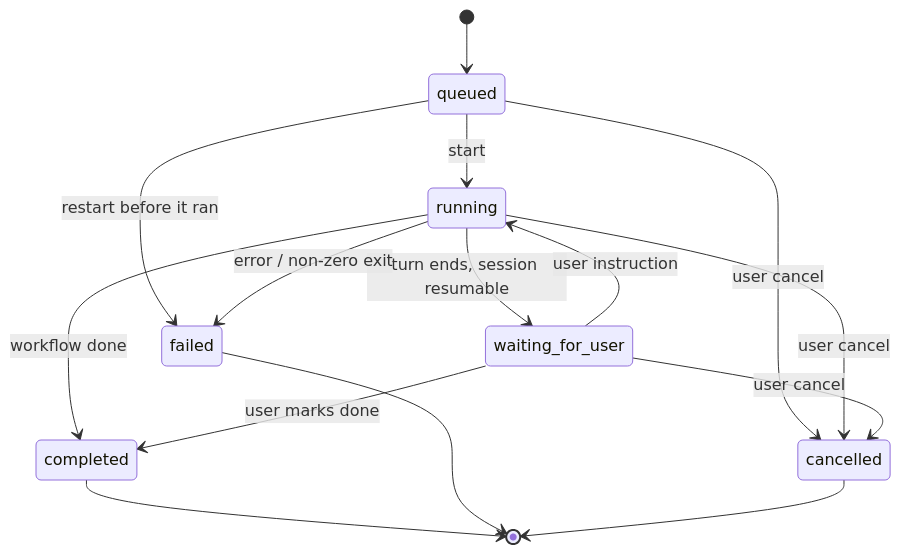
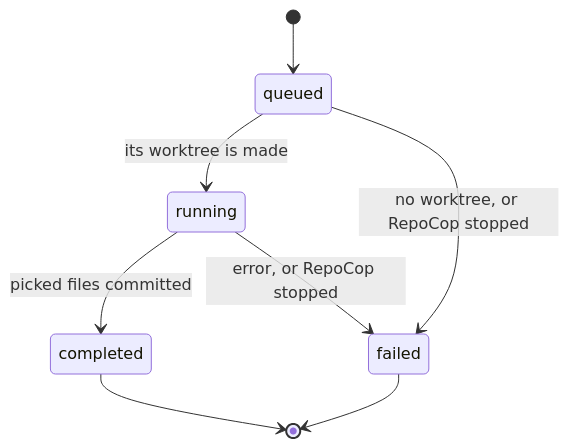
One commit to eliveikis/repocop changed the fifth of 5 diagrams in specs/architecture.md. Above: the diagram before and after it, drawn with Mermaid. The commit also changed other lines of this file and 140 other files, not shown here.

````diff
--- a/specs/architecture.md
+++ b/specs/architecture.md
@@ -311,17 +343,10 @@
 ```mermaid
 stateDiagram-v2
     [*] --> queued
-    queued --> running : start
-    queued --> cancelled : user cancel
-    queued --> failed : restart before it ran
-    running --> waiting_for_user : turn ends, session resumable
-    waiting_for_user --> running : user instruction
-    running --> failed : error / non-zero exit
-    running --> cancelled : user cancel
-    waiting_for_user --> cancelled : user cancel
-    running --> completed : workflow done
-    waiting_for_user --> completed : user marks done
+    queued --> running : its worktree is made
+    queued --> failed : no worktree, or RepoCop stopped
+    running --> completed : picked files committed
+    running --> failed : error, or RepoCop stopped
     completed --> [*]
     failed --> [*]
-    cancelled --> [*]
 ```
````
